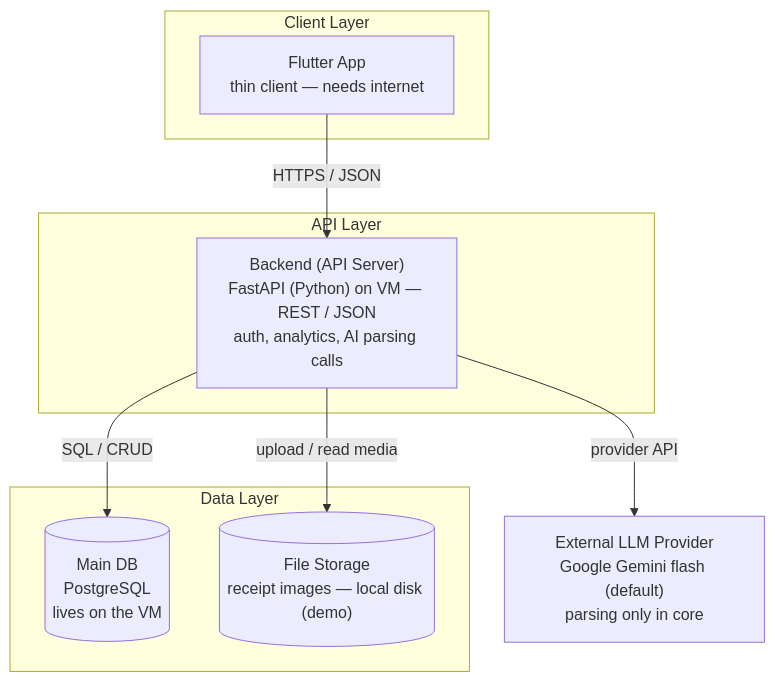
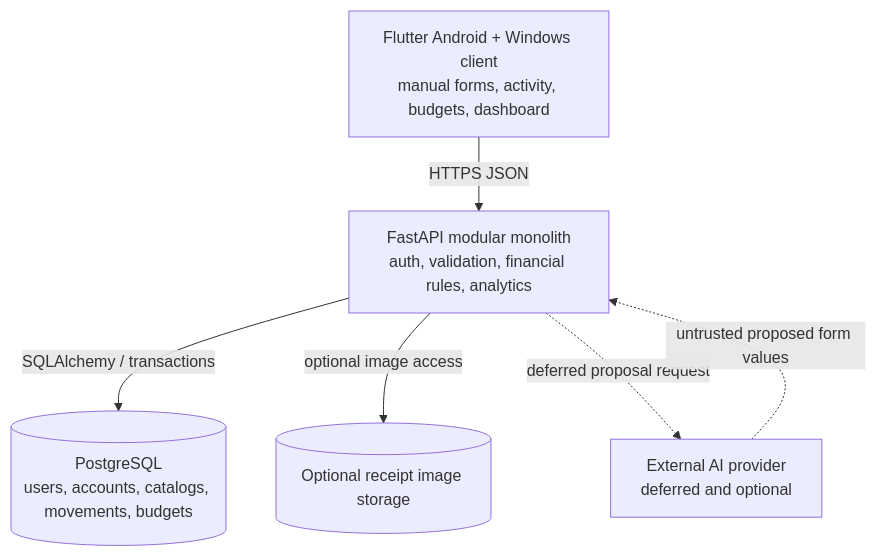
Before and after one commit to NullCorvus/finance-ai: the first of 5 diagrams in docs/ARCHITECTURE.md, drawn with Mermaid. The commit also changed other lines of this file and 230 other files, not shown here.

````diff
--- a/docs/ARCHITECTURE.md
+++ b/docs/ARCHITECTURE.md
@@ -22,20 +22,14 @@
 ```mermaid
 flowchart TD
-    subgraph ClientLayer["Client Layer"]
-        Client["Flutter App<br/>thin client — needs internet"]
-    end
+    Client["Flutter Android + Windows client<br/>manual forms, activity, budgets, dashboard"]
+    API["FastAPI modular monolith<br/>auth, validation, financial rules, analytics"]
+    DB[("PostgreSQL<br/>users, accounts, catalogs, movements, budgets")]
+    Files[("Optional receipt image storage")]
+    LLM["External AI provider<br/>deferred and optional"]
 
-    subgraph APILayer["API Layer"]
-        API["Backend (API Server)<br/>FastAPI (Python) on VM — REST / JSON<br/>auth, analytics, AI parsing calls"]
-    end
-
-    subgraph DataLayer["Data Layer"]
-        DB[("Main DB<br/>PostgreSQL<br/>lives on the VM")]
-        FS[("File Storage<br/>receipt images — local disk (demo)")]
-    end
-
-    Client -->|"HTTPS / JSON"| API
-    API -->|"provider API"| LLM["External LLM Provider<br/>Google Gemini flash (default)<br/>parsing only in core"]
-    API -->|"SQL / CRUD"| DB
-    API -->|"upload / read media"| FS
+    Client -->|"HTTPS JSON"| API
+    API -->|"SQLAlchemy / transactions"| DB
+    API -->|"optional image access"| Files
+    API -.->|"deferred proposal request"| LLM
+    LLM -.->|"untrusted proposed form values"| API
 ```
````
